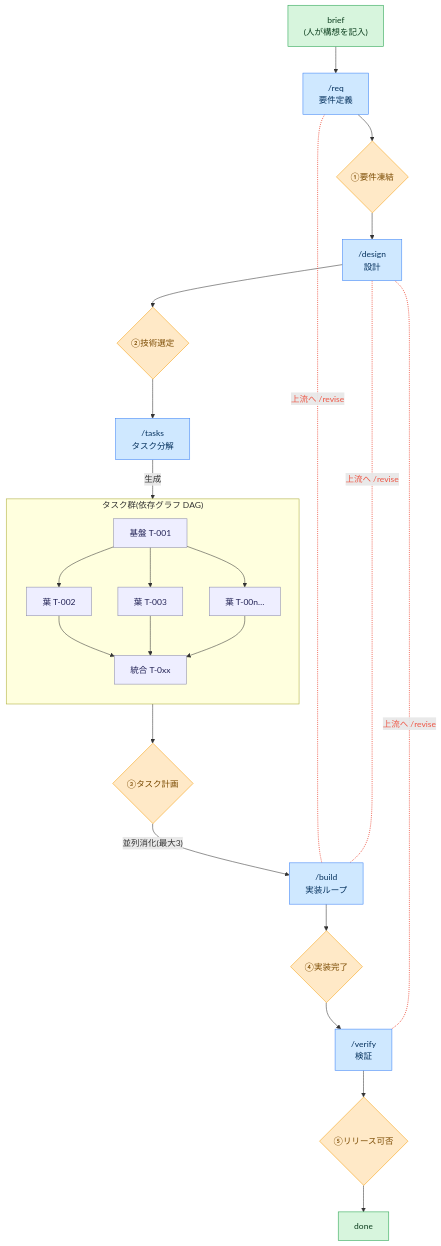
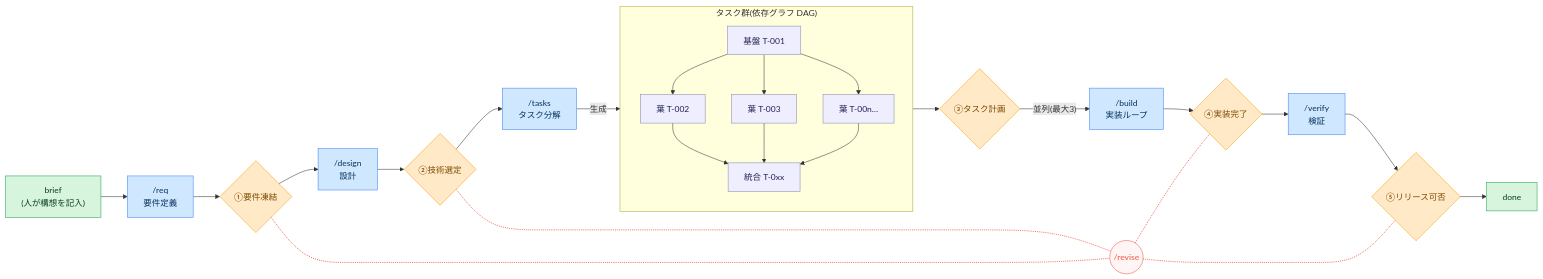
One commit to komoroko/loose-rein-kit changed the diagram in README.ja.md. Above: the diagram before and after it, drawn with Mermaid. The commit also changed other lines of this file and 4 other files, not shown here.

First line of the commit message:
release: 0.3.3 — README cut to what an adopter needs, mermaid flow untangled

````diff
--- a/README.ja.md
+++ b/README.ja.md
@@ -20,46 +20,49 @@
 ```mermaid
-flowchart TD
+flowchart LR
     brief["brief<br/>(人が構想を記入)"]:::human
     req["/req<br/>要件定義"]:::agent
     g1{"①要件凍結"}:::gate
     design["/design<br/>設計"]:::agent
     g2{"②技術選定"}:::gate
     tasks["/tasks<br/>タスク分解"]:::agent
     g3{"③タスク計画"}:::gate
     build["/build<br/>実装ループ"]:::agent
     g4{"④実装完了"}:::gate
     verify["/verify<br/>検証"]:::agent
     g5{"⑤リリース可否"}:::gate
     done["done"]:::human
 
     subgraph TASKS["タスク群(依存グラフ DAG)"]
-        direction TD
+        direction TB
         T1["基盤 T-001"]:::task
         T2["葉 T-002"]:::task
         T3["葉 T-003"]:::task
         Tn["葉 T-00n…"]:::task
         TI["統合 T-0xx"]:::task
         T1 --> T2
         T1 --> T3
         T1 --> Tn
         T2 --> TI
         T3 --> TI
         Tn --> TI
     end
 
     brief --> req --> g1 --> design --> g2 --> tasks
     tasks -->|生成| T1
     TI --> g3
-    g3 -->|"並列消化(最大3)"| build
+    g3 -->|"並列(最大3)"| build
     build --> g4 --> verify --> g5 --> done
 
-    req -. 上流へ /revise .- build
-    design -. 上流へ /revise .- build
-    design -. 上流へ /revise .- verify
+    RV(("/revise")):::revise
+    g1 -.- RV
+    g2 -.- RV
+    RV -.- g4
+    RV -.- g5
 
     classDef agent fill:#cfe8ff,stroke:#3b82f6,color:#06325e;
     classDef gate fill:#ffe9c7,stroke:#f59e0b,color:#7a4a00;
     classDef human fill:#d7f5dd,stroke:#22a04b,color:#0b3d1d;
     classDef task fill:#eeeeff,stroke:#8888aa,color:#222255;
-    linkStyle 18,19,20 stroke:#ee5544,color:#ee5544,stroke-width:1.5px;
+    classDef revise fill:#fff5f5,stroke:#ee5544,color:#ee5544;
+    linkStyle 18,19,20,21 stroke:#ee5544,color:#ee5544,stroke-width:1.5px;
 ```
````
